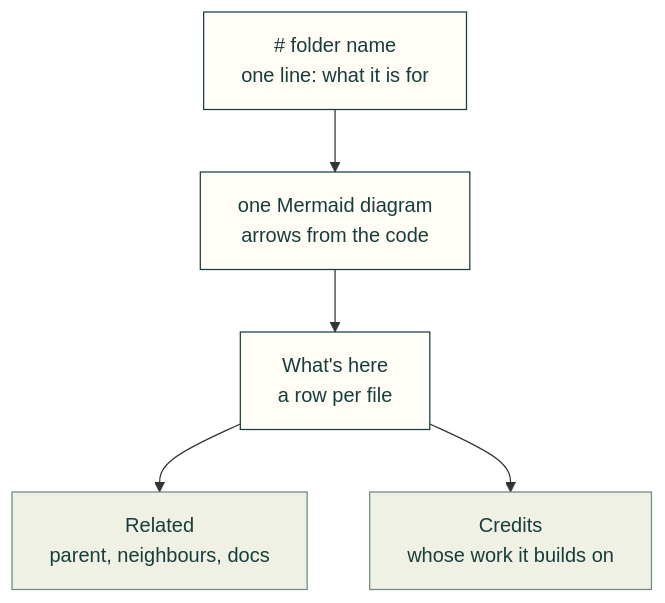
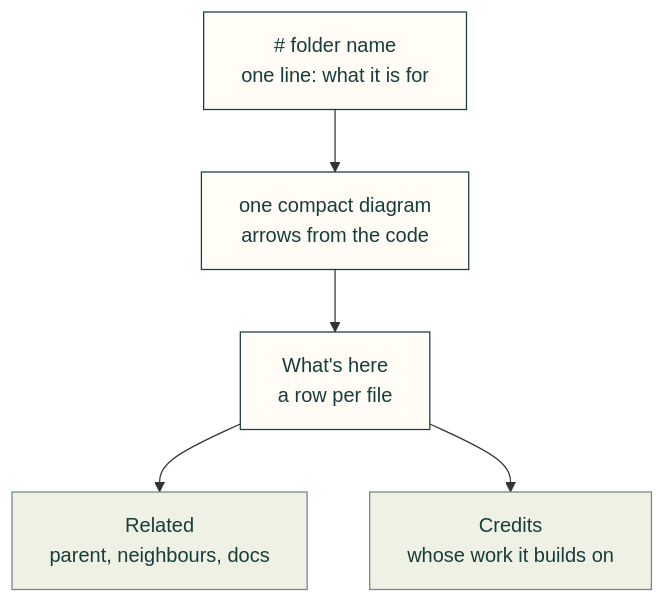
Before and after one commit to Valpatel/cad-agent: the first of 3 diagrams in docs/practice/style-guide.md, drawn with Mermaid. The commit also changed other lines of this file and 28 other files, not shown here.

````diff
--- a/docs/practice/style-guide.md
+++ b/docs/practice/style-guide.md
@@ -20,11 +20,11 @@
 ```mermaid
 flowchart TD
-    N["# folder name<br/>one line: what it is for"] --> D["one Mermaid diagram<br/>arrows from the code"]
+    N["# folder name<br/>one line: what it is for"] --> D["one compact diagram<br/>arrows from the code"]
     D --> W["What's here<br/>a row per file"]
     W --> R["Related<br/>parent, neighbours, docs"]
     W --> C["Credits<br/>whose work it builds on"]
     classDef here fill:#fffdf5,stroke:#173d3c,color:#173d3c
     classDef near fill:#eef1e4,stroke:#6f8a80,color:#173d3c
     class N,D,W here
     class R,C near
 ```
````
